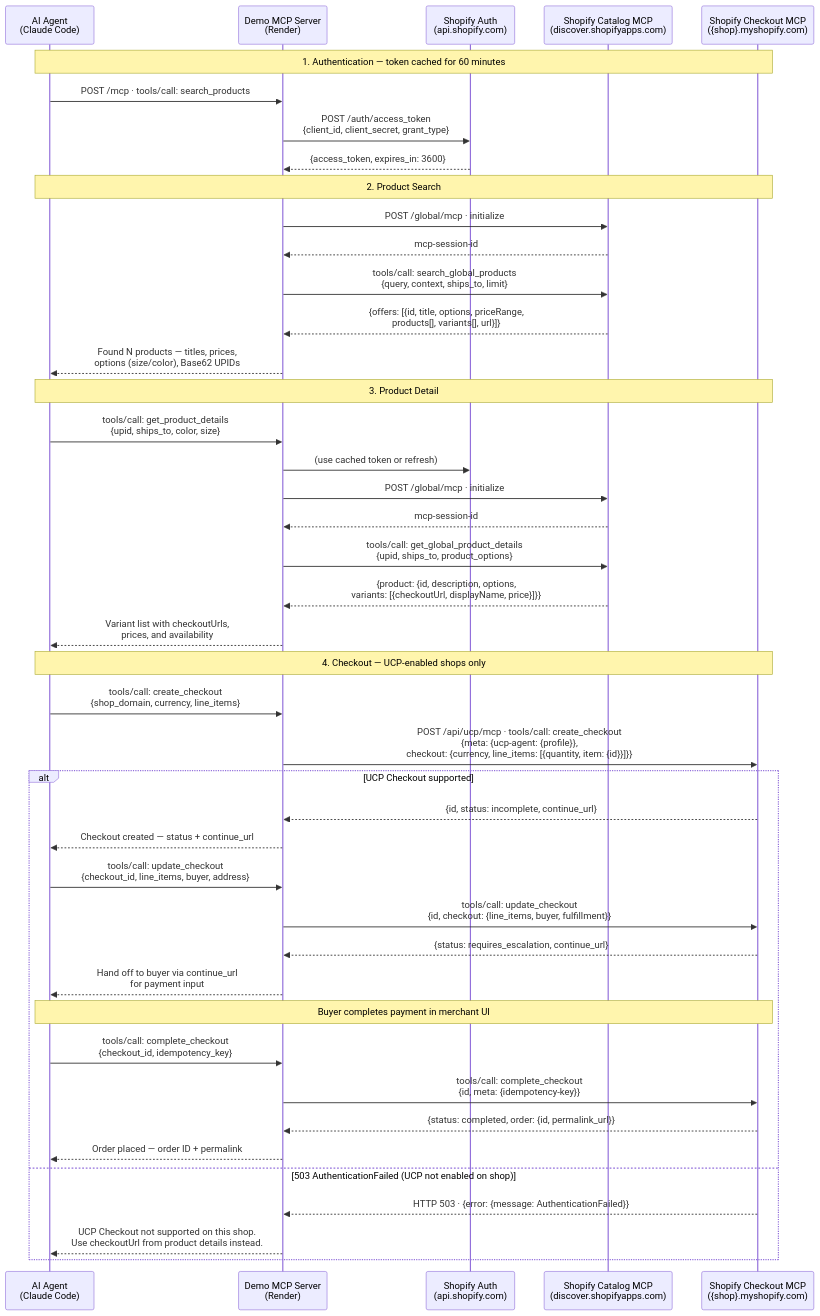
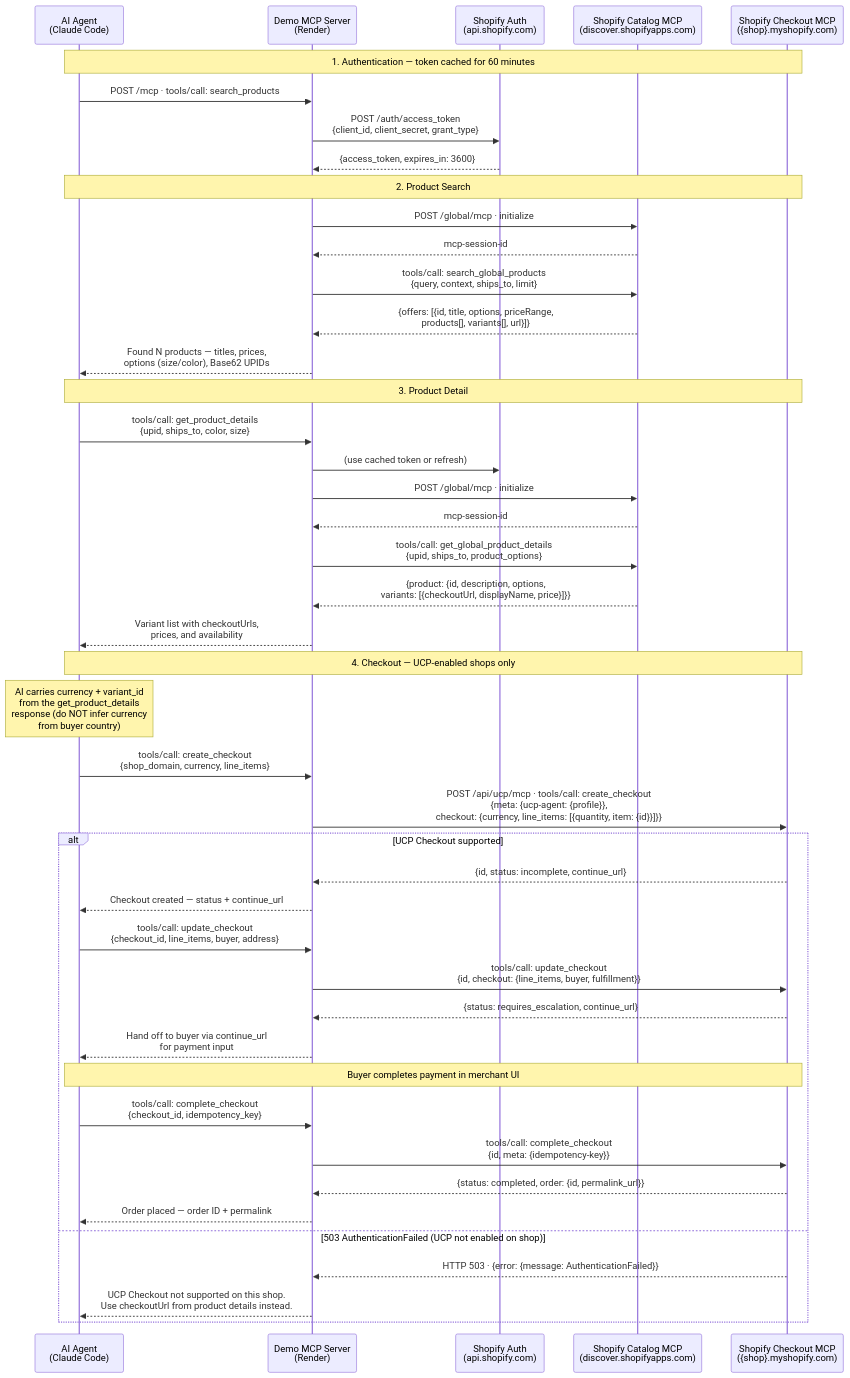
One commit to shopify-apac-ts/shopify-ucp-demo-mcp changed the diagram in docs/sequence-diagram.md. Above: the diagram before and after it, drawn with Mermaid. The commit also changed 2 other files, not shown here.

Commit message:
Make AI carry merchant currency from get_product_details into create_checkout
Stops the AI from inferring currency from the buyer's country (a JP buyer
on a USD-priced US store would fail with the wrong currency). The currency
shown for each offer in get_product_details must be passed through verbatim.

- create_checkout tool description gains an explicit CURRENCY RULE line
- currency Zod param description spells out the rule with an example
- sequence-diagram.md annotates the data handoff before the create_checkout call
- tips.md adds a section on currency passthrough with request examples

````diff
--- a/docs/sequence-diagram.md
+++ b/docs/sequence-diagram.md
@@ -5,58 +5,59 @@
 ```mermaid
 sequenceDiagram
     participant A as AI Agent<br/>(Claude Code)
     participant M as Demo MCP Server<br/>(Render)
     participant T as Shopify Auth<br/>(api.shopify.com)
     participant C as Shopify Catalog MCP<br/>(discover.shopifyapps.com)
     participant K as Shopify Checkout MCP<br/>({shop}.myshopify.com)
 
     Note over A,K: 1. Authentication — token cached for 60 minutes
 
     A->>M: POST /mcp · tools/call: search_products
     M->>T: POST /auth/access_token<br/>{client_id, client_secret, grant_type}
     T-->>M: {access_token, expires_in: 3600}
 
     Note over A,K: 2. Product Search
 
     M->>C: POST /global/mcp · initialize
     C-->>M: mcp-session-id
     M->>C: tools/call: search_global_products<br/>{query, context, ships_to, limit}
     C-->>M: {offers: [{id, title, options, priceRange,<br/>products[], variants[], url}]}
     M-->>A: Found N products — titles, prices,<br/>options (size/color), Base62 UPIDs
 
     Note over A,K: 3. Product Detail
 
     A->>M: tools/call: get_product_details<br/>{upid, ships_to, color, size}
     M->>T: (use cached token or refresh)
     M->>C: POST /global/mcp · initialize
     C-->>M: mcp-session-id
     M->>C: tools/call: get_global_product_details<br/>{upid, ships_to, product_options}
     C-->>M: {product: {id, description, options,<br/>variants: [{checkoutUrl, displayName, price}]}}
     M-->>A: Variant list with checkoutUrls,<br/>prices, and availability
 
     Note over A,K: 4. Checkout — UCP-enabled shops only
 
+    Note over A: AI carries currency + variant_id<br/>from the get_product_details<br/>response (do NOT infer currency<br/>from buyer country)
     A->>M: tools/call: create_checkout<br/>{shop_domain, currency, line_items}
     M->>K: POST /api/ucp/mcp · tools/call: create_checkout<br/>{meta: {ucp-agent: {profile}},<br/>checkout: {currency, line_items: [{quantity, item: {id}}]}}
 
     alt UCP Checkout supported
         K-->>M: {id, status: incomplete, continue_url}
         M-->>A: Checkout created — status + continue_url
 
         A->>M: tools/call: update_checkout<br/>{checkout_id, line_items, buyer, address}
         M->>K: tools/call: update_checkout<br/>{id, checkout: {line_items, buyer, fulfillment}}
         K-->>M: {status: requires_escalation, continue_url}
         M-->>A: Hand off to buyer via continue_url<br/>for payment input
 
         Note over A,K: Buyer completes payment in merchant UI
 
         A->>M: tools/call: complete_checkout<br/>{checkout_id, idempotency_key}
         M->>K: tools/call: complete_checkout<br/>{id, meta: {idempotency-key}}
         K-->>M: {status: completed, order: {id, permalink_url}}
         M-->>A: Order placed — order ID + permalink
 
     else 503 AuthenticationFailed (UCP not enabled on shop)
         K-->>M: HTTP 503 · {error: {message: AuthenticationFailed}}
         M-->>A: UCP Checkout not supported on this shop.<br/>Use checkoutUrl from product details instead.
     end
 ```
````
